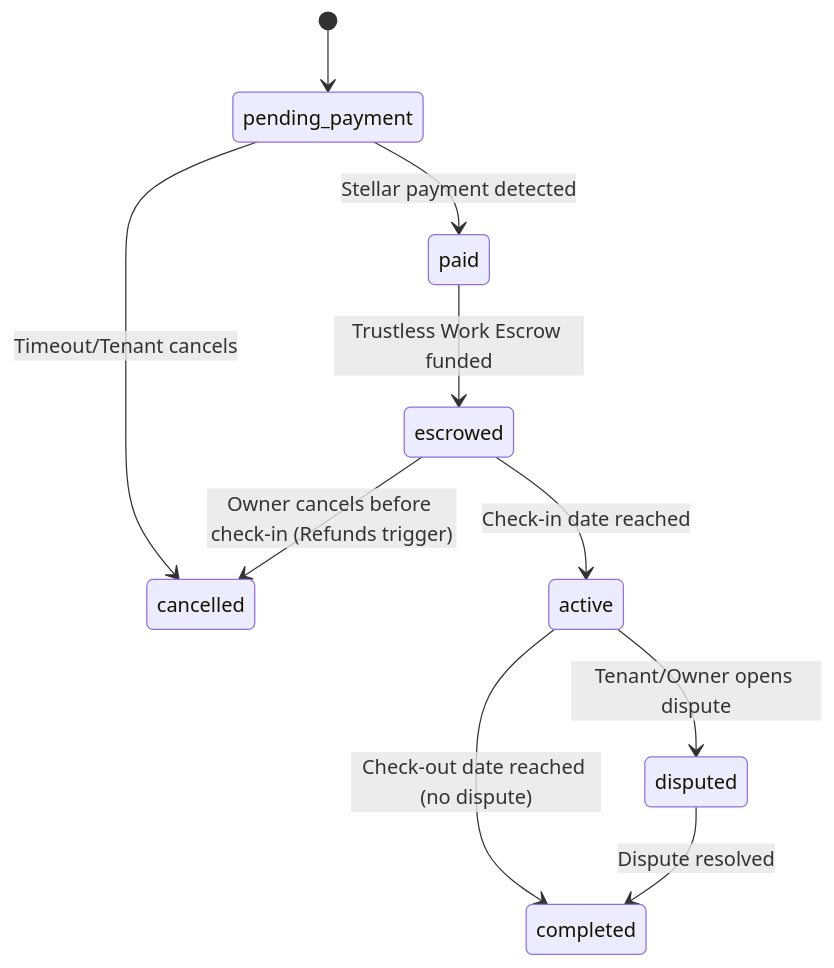
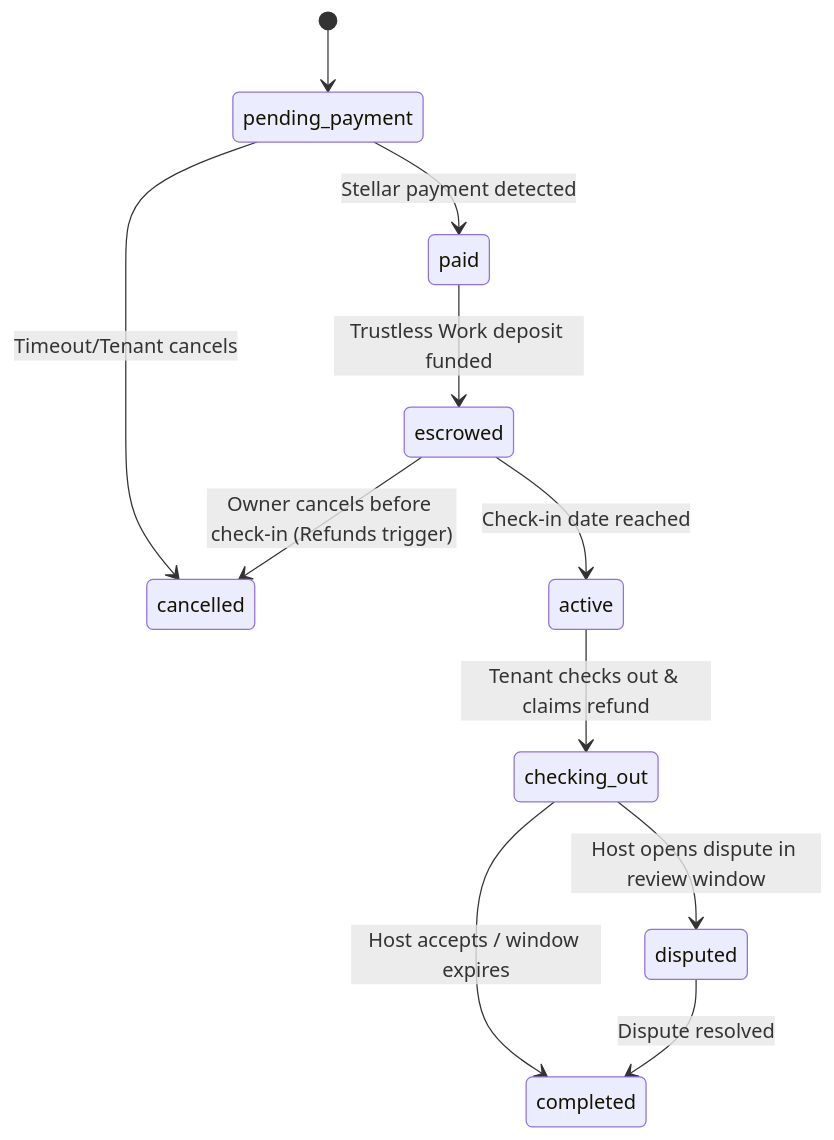
One commit to BeTrusty/vytrosti changed the diagram in docs/domain/definitions/reservation.md. Above: the diagram before and after it, drawn with Mermaid. The commit also changed other lines of this file and 170 other files, not shown here.

````diff
--- a/docs/domain/definitions/reservation.md
+++ b/docs/domain/definitions/reservation.md
@@ -18,12 +18,13 @@
 ```mermaid
 stateDiagram-v2
   [*] --> pending_payment
   pending_payment --> paid : Stellar payment detected
   pending_payment --> cancelled : Timeout/Tenant cancels
-  paid --> escrowed : Trustless Work Escrow funded
+  paid --> escrowed : Trustless Work deposit funded
   escrowed --> active : Check-in date reached
-  active --> completed : Check-out date reached (no dispute)
-  active --> disputed : Tenant/Owner opens dispute
+  active --> checking_out : Tenant checks out & claims refund
+  checking_out --> completed : Host accepts / window expires
+  checking_out --> disputed : Host opens dispute in review window
   disputed --> completed : Dispute resolved
   escrowed --> cancelled : Owner cancels before check-in (Refunds trigger)
 ```
````
